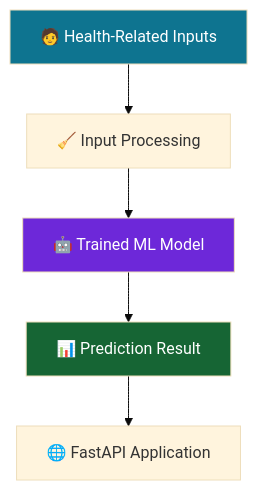
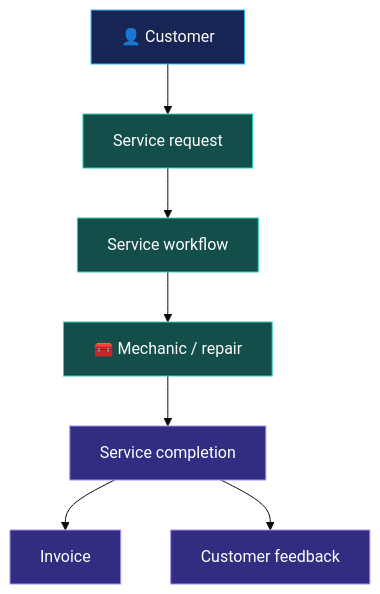
One commit to naveen057/naveen057 changed the sixth of 8 diagrams in README.md. Above: the diagram before and after it, drawn with Mermaid (base theme). The commit also changed other lines of this file, not shown here.

````diff
--- a/README.md
+++ b/README.md
@@ -212,11 +265,17 @@
 ```mermaid
 flowchart TD
-    A["🧑 Health-Related Inputs"] --> B["🧹 Input Processing"]
-    B --> C["🤖 Trained ML Model"]
-    C --> D["📊 Prediction Result"]
-    D --> E["🌐 FastAPI Application"]
+    A["👤 Customer"] --> B["Service request"]
+    B --> C["Service workflow"]
+    C --> D["🧰 Mechanic / repair"]
+    D --> E["Service completion"]
+    E --> F["Invoice"]
+    E --> G["Customer feedback"]
 
-    style A fill:#0E7490,color:#fff
-    style C fill:#6D28D9,color:#fff
-    style D fill:#166534,color:#fff
+    classDef user fill:#172554,stroke:#38BDF8,color:#FFFFFF
+    classDef workflow fill:#134E4A,stroke:#2DD4BF,color:#FFFFFF
+    classDef outcome fill:#312E81,stroke:#A78BFA,color:#FFFFFF
+
+    class A user
+    class B,C,D workflow
+    class E,F,G outcome
 ```
````
